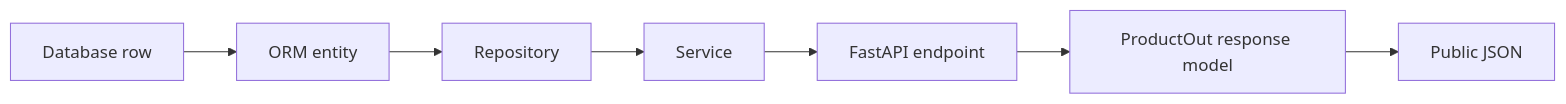
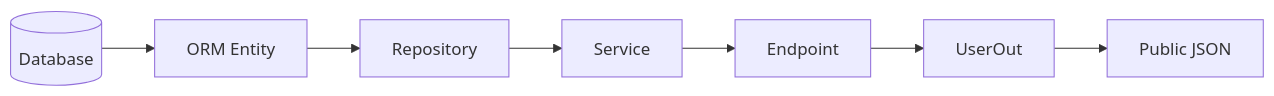
Before and after one commit to AvadhBhalodiya/Interview-Preparation: the third of 5 diagrams in src/content/fastapi/response-models.md, drawn with Mermaid. The commit also changed other lines of this file and 80 other files, not shown here.

````diff
--- a/src/content/fastapi/response-models.md
+++ b/src/content/fastapi/response-models.md
@@ -888,9 +431,9 @@
 ```mermaid
 flowchart LR
-    A[Database row] --> B[ORM entity]
+    A[(Database)] --> B[ORM Entity]
     B --> C[Repository]
     C --> D[Service]
-    D --> E[FastAPI endpoint]
-    E --> F[ProductOut response model]
+    D --> E[Endpoint]
+    E --> F[UserOut]
     F --> G[Public JSON]
 ```
````
